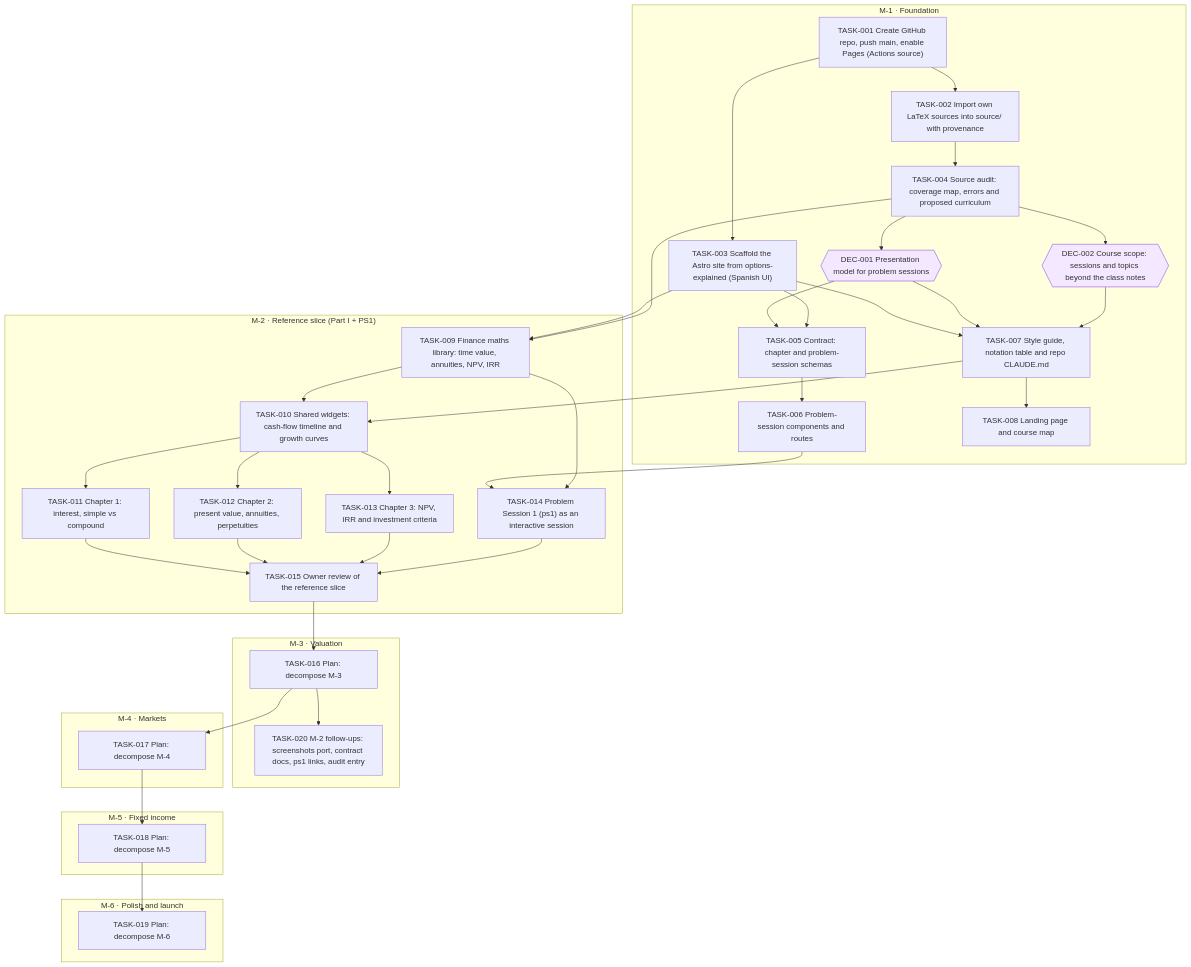
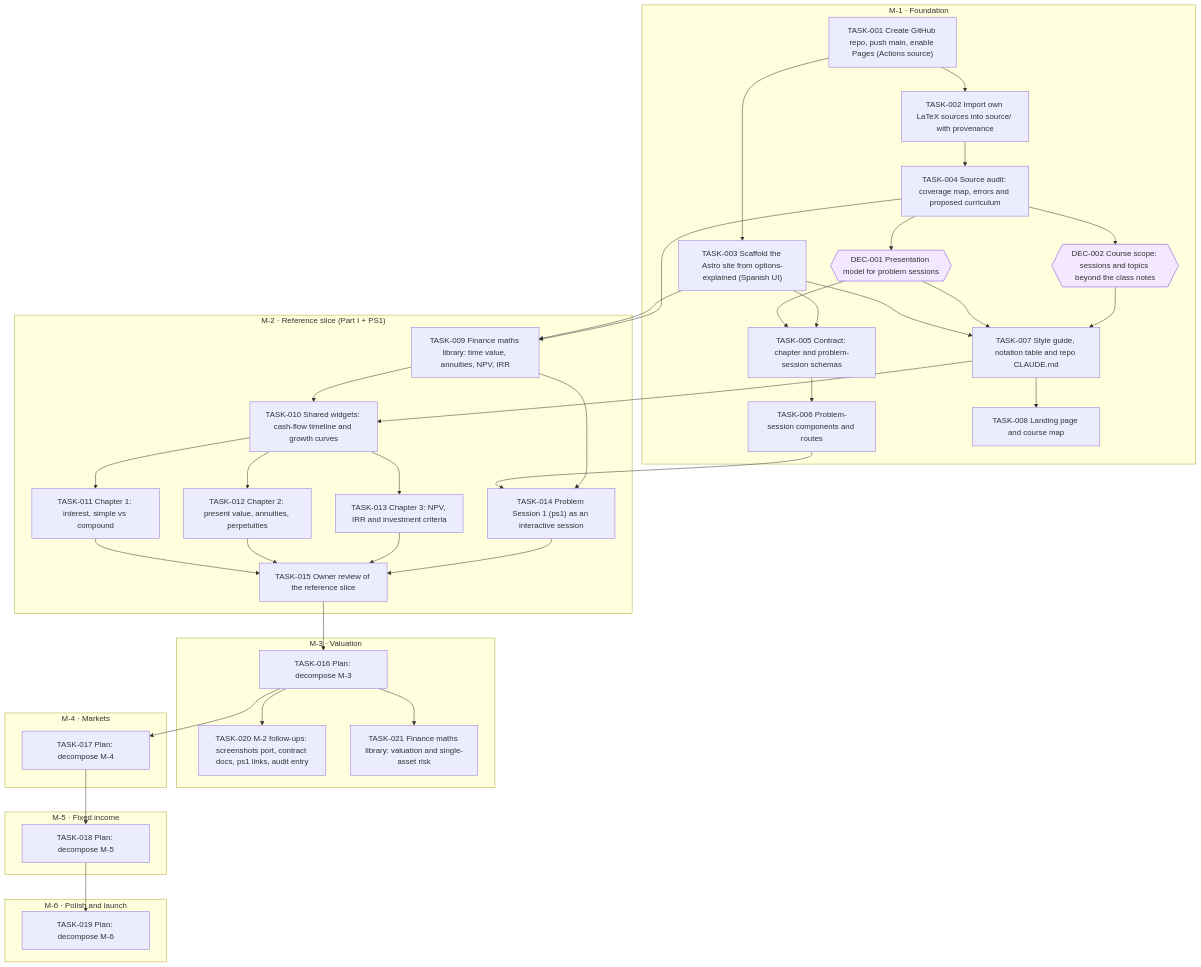
The diagram in goals/course-site/README.md (jesusvillota/economia-financiera), drawn with Mermaid before and after one commit. The commit also changed 1 other file, not shown here.

Commit message:
goal(course-site): add TASK-021 Finance maths library: valuation and single-asset risk

````diff
--- a/goals/course-site/README.md
+++ b/goals/course-site/README.md
@@ -35,72 +35,74 @@
 ```mermaid
 flowchart TD
   subgraph M_1["M-1 · Foundation"]
     DEC_001{{"DEC-001 Presentation model for problem sessions"}}
     DEC_002{{"DEC-002 Course scope: sessions and topics beyond the class notes"}}
     TASK_001["TASK-001 Create GitHub repo, push main, enable Pages (Actions source)"]
     TASK_002["TASK-002 Import own LaTeX sources into source/ with provenance"]
     TASK_003["TASK-003 Scaffold the Astro site from options-explained (Spanish UI)"]
     TASK_004["TASK-004 Source audit: coverage map, errors and proposed curriculum"]
     TASK_005["TASK-005 Contract: chapter and problem-session schemas"]
     TASK_006["TASK-006 Problem-session components and routes"]
     TASK_007["TASK-007 Style guide, notation table and repo CLAUDE.md"]
     TASK_008["TASK-008 Landing page and course map"]
   end
   subgraph M_2["M-2 · Reference slice (Part I + PS1)"]
     TASK_009["TASK-009 Finance maths library: time value, annuities, NPV, IRR"]
     TASK_010["TASK-010 Shared widgets: cash-flow timeline and growth curves"]
     TASK_011["TASK-011 Chapter 1: interest, simple vs compound"]
     TASK_012["TASK-012 Chapter 2: present value, annuities, perpetuities"]
     TASK_013["TASK-013 Chapter 3: NPV, IRR and investment criteria"]
     TASK_014["TASK-014 Problem Session 1 (ps1) as an interactive session"]
     TASK_015["TASK-015 Owner review of the reference slice"]
   end
   subgraph M_3["M-3 · Valuation"]
     TASK_016["TASK-016 Plan: decompose M-3"]
     TASK_020["TASK-020 M-2 follow-ups: screenshots port, contract docs, ps1 links, audit entry"]
+    TASK_021["TASK-021 Finance maths library: valuation and single-asset risk"]
   end
   subgraph M_4["M-4 · Markets"]
     TASK_017["TASK-017 Plan: decompose M-4"]
   end
   subgraph M_5["M-5 · Fixed income"]
     TASK_018["TASK-018 Plan: decompose M-5"]
   end
   subgraph M_6["M-6 · Polish and launch"]
     TASK_019["TASK-019 Plan: decompose M-6"]
   end
   TASK_004 --> DEC_001
   TASK_004 --> DEC_002
   TASK_001 --> TASK_002
   TASK_001 --> TASK_003
   TASK_002 --> TASK_004
   DEC_001 --> TASK_005
   TASK_003 --> TASK_005
   TASK_005 --> TASK_006
   TASK_003 --> TASK_007
   DEC_001 --> TASK_007
   DEC_002 --> TASK_007
   TASK_007 --> TASK_008
   TASK_003 --> TASK_009
   TASK_004 --> TASK_009
   TASK_007 --> TASK_010
   TASK_009 --> TASK_010
   TASK_010 --> TASK_011
   TASK_010 --> TASK_012
   TASK_010 --> TASK_013
   TASK_006 --> TASK_014
   TASK_009 --> TASK_014
   TASK_011 --> TASK_015
   TASK_012 --> TASK_015
   TASK_013 --> TASK_015
   TASK_014 --> TASK_015
   TASK_015 --> TASK_016
   TASK_016 --> TASK_017
   TASK_017 --> TASK_018
   TASK_018 --> TASK_019
   TASK_016 --> TASK_020
+  TASK_016 --> TASK_021
   classDef draft stroke-dasharray: 4 3
   classDef cancelled opacity:0.45
   classDef decision fill:#f3e8ff,stroke:#7c3aed
   class DEC_001 decision
   class DEC_002 decision
 ```
````
